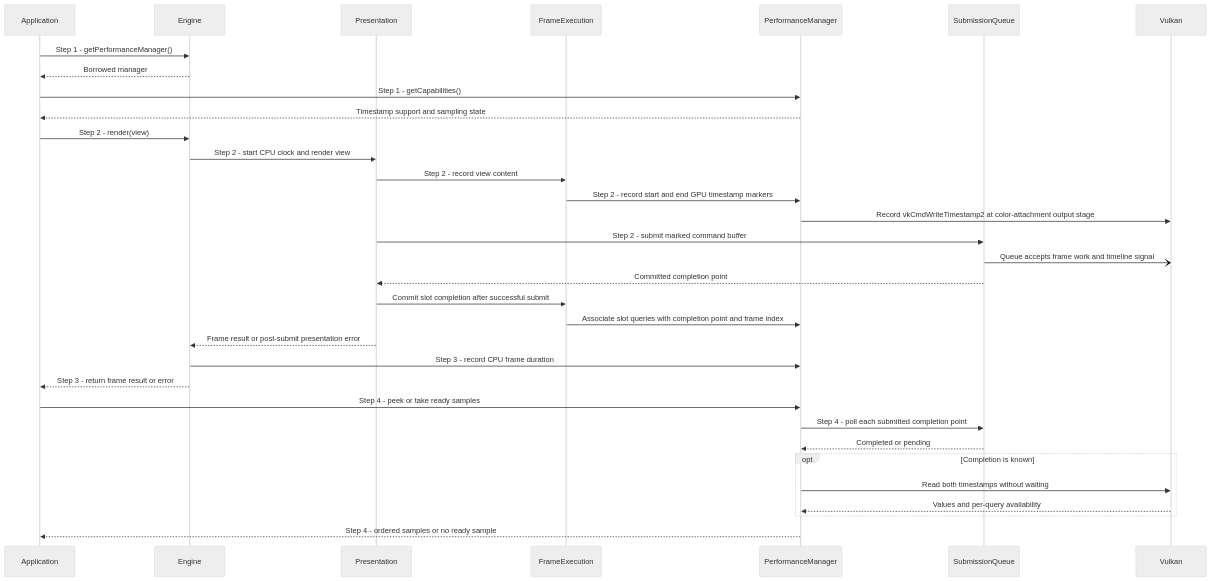
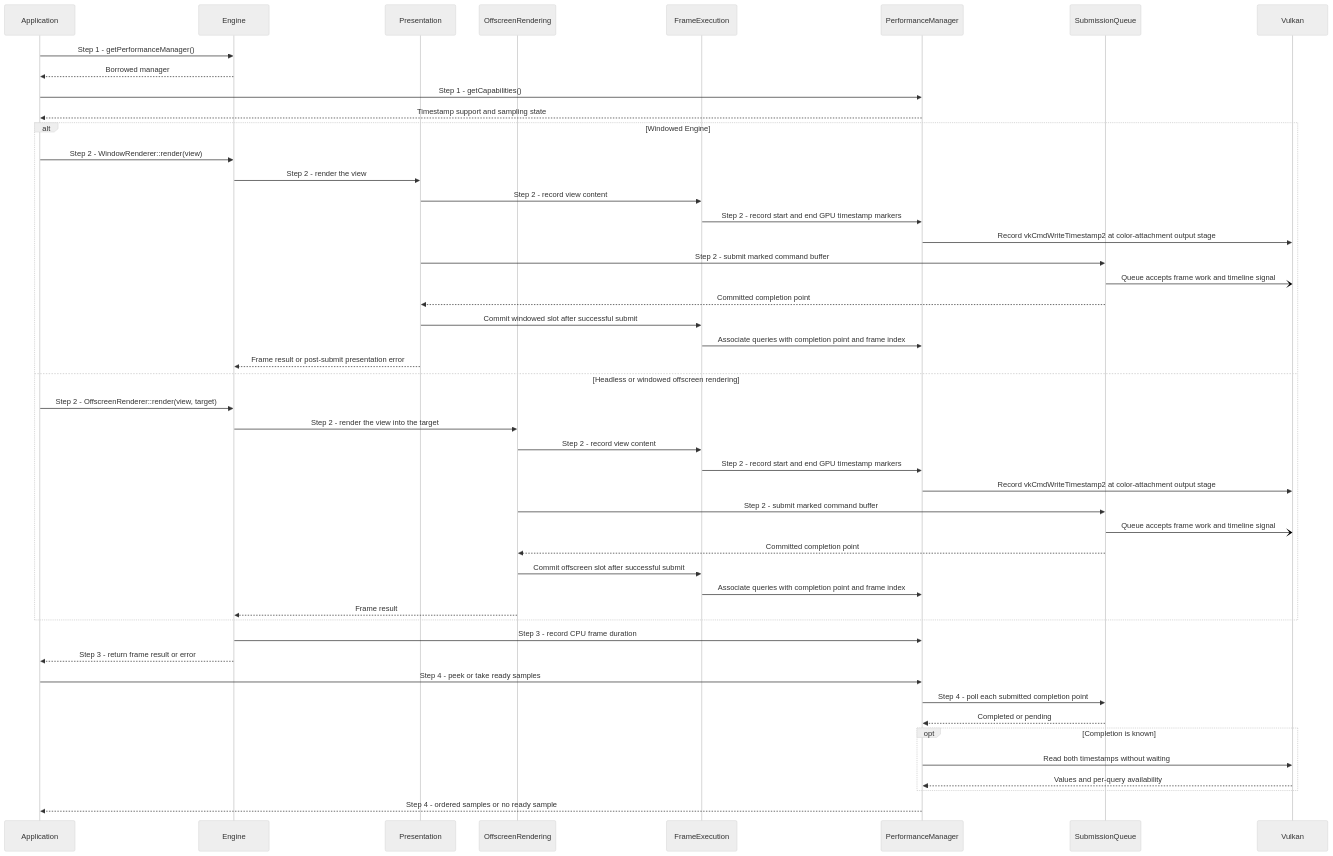
The diagram in docs/use-cases/collect-frame-timings.md (a-soltysik/Panda), drawn with Mermaid (neutral theme) before and after one commit. The commit also changed other lines of this file and 40 other files, not shown here.

````diff
--- a/docs/use-cases/collect-frame-timings.md
+++ b/docs/use-cases/collect-frame-timings.md
@@ -59,35 +61,50 @@
 ```mermaid
 sequenceDiagram
     participant A as Application
     participant C as Engine
     participant P as Presentation
+    participant O as OffscreenRendering
     participant E as FrameExecution
     participant M as PerformanceManager
     participant Q as SubmissionQueue
     participant V as Vulkan
     A ->> C: Step 1 - getPerformanceManager()
     C -->> A: Borrowed manager
     A ->> M: Step 1 - getCapabilities()
     M -->> A: Timestamp support and sampling state
-    A ->> C: Step 2 - render(view)
-    C ->> P: Step 2 - start CPU clock and render view
-    P ->> E: Step 2 - record view content
-    E ->> M: Step 2 - record start and end GPU timestamp markers
-    M ->> V: Record vkCmdWriteTimestamp2 at color-attachment output stage
-    P ->> Q: Step 2 - submit marked command buffer
-    Q -) V: Queue accepts frame work and timeline signal
-    Q -->> P: Committed completion point
-    P ->> E: Commit slot completion after successful submit
-    E ->> M: Associate slot queries with completion point and frame index
-    P -->> C: Frame result or post-submit presentation error
+    alt Windowed Engine
+        A ->> C: Step 2 - WindowRenderer::render(view)
+        C ->> P: Step 2 - render the view
+        P ->> E: Step 2 - record view content
+        E ->> M: Step 2 - record start and end GPU timestamp markers
+        M ->> V: Record vkCmdWriteTimestamp2 at color-attachment output stage
+        P ->> Q: Step 2 - submit marked command buffer
+        Q -) V: Queue accepts frame work and timeline signal
+        Q -->> P: Committed completion point
+        P ->> E: Commit windowed slot after successful submit
+        E ->> M: Associate queries with completion point and frame index
+        P -->> C: Frame result or post-submit presentation error
+    else Headless or windowed offscreen rendering
+        A ->> C: Step 2 - OffscreenRenderer::render(view, target)
+        C ->> O: Step 2 - render the view into the target
+        O ->> E: Step 2 - record view content
+        E ->> M: Step 2 - record start and end GPU timestamp markers
+        M ->> V: Record vkCmdWriteTimestamp2 at color-attachment output stage
+        O ->> Q: Step 2 - submit marked command buffer
+        Q -) V: Queue accepts frame work and timeline signal
+        Q -->> O: Committed completion point
+        O ->> E: Commit offscreen slot after successful submit
+        E ->> M: Associate queries with completion point and frame index
+        O -->> C: Frame result
+    end
     C ->> M: Step 3 - record CPU frame duration
     C -->> A: Step 3 - return frame result or error
     A ->> M: Step 4 - peek or take ready samples
     M ->> Q: Step 4 - poll each submitted completion point
     Q -->> M: Completed or pending
     opt Completion is known
         M ->> V: Read both timestamps without waiting
         V -->> M: Values and per-query availability
     end
     M -->> A: Step 4 - ordered samples or no ready sample
 ```
````
